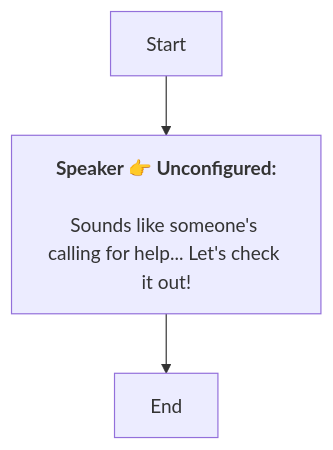
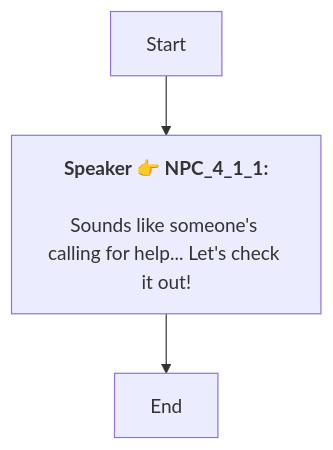
The diagram in En/QuestApproachDialogNode_1742163217729828.md (SoftHu/tos_avg), drawn with Mermaid before and after one commit. The commit also changed 737 other files, not shown here.

````diff
--- a/En/QuestApproachDialogNode_1742163217729828.md
+++ b/En/QuestApproachDialogNode_1742163217729828.md
@@ -1,8 +1,7 @@
 ```mermaid
 graph
-Start -->1742163981885728[<b>Speaker 👉 Unconfigured:</b>
-
-Sounds like someone's calling for help... Let's check it out!]
+Start -->1742163981885728[<b>Speaker 👉 NPC_4_1_1:</b>
+\nSounds like someone's calling for help... Let's check it out!]
 1742163981885728 -->1742163273926953[End]
 
- ```
+```
````
